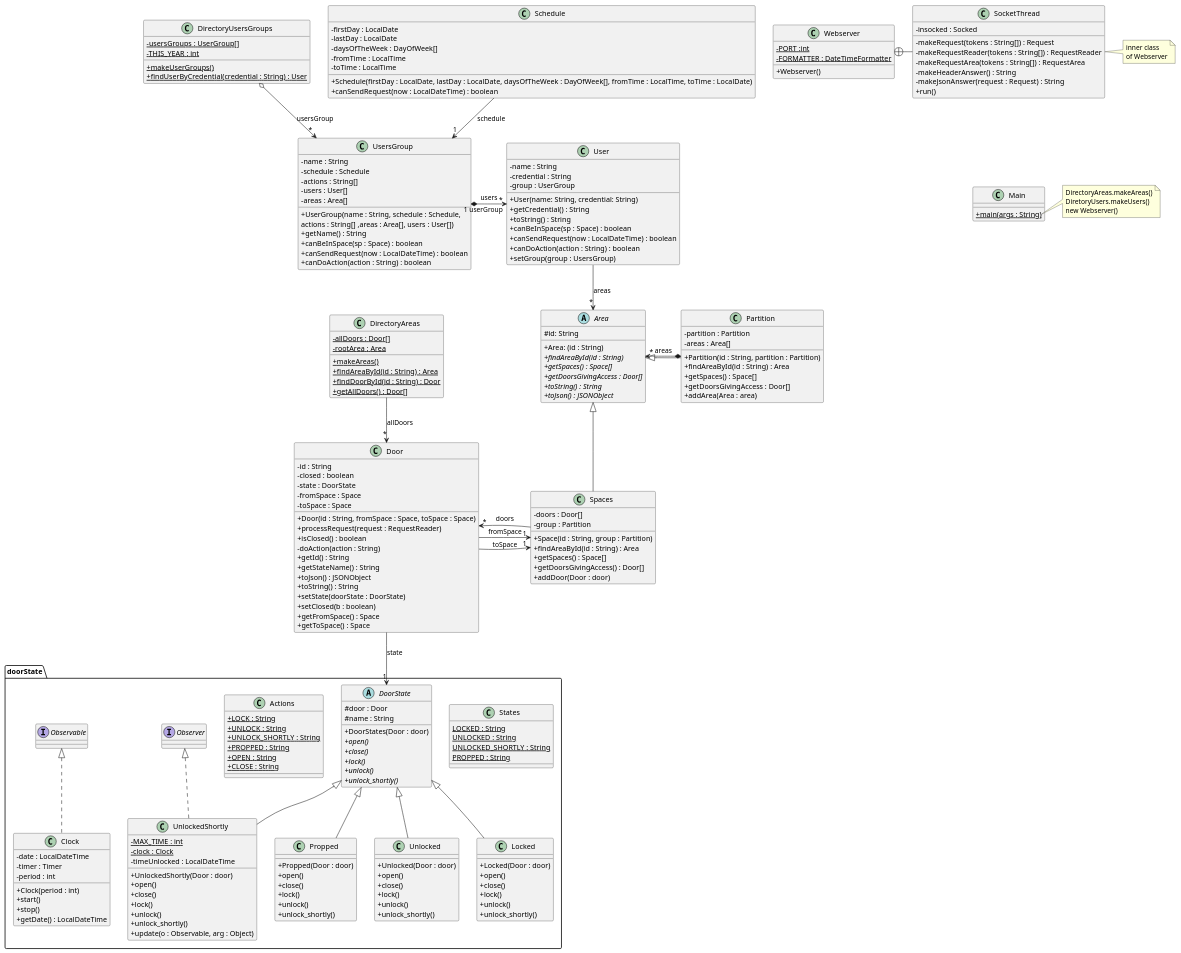
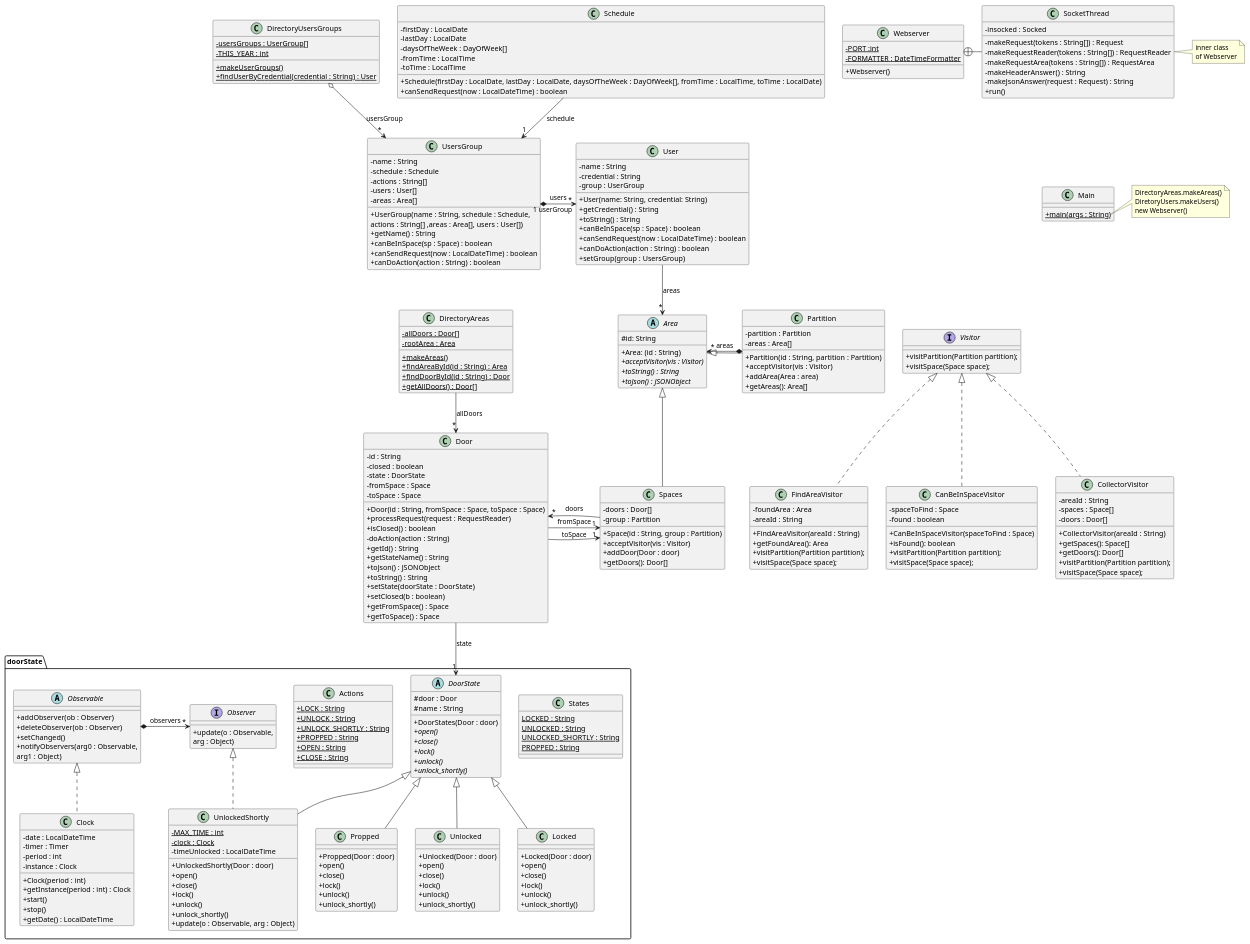
Before and after one commit to JackNesperosOba/acs_students-master: the diagram in acs_students-master/src/basenostates/uml/UML.puml, drawn with PlantUML. The commit also changed 48 other files, not shown here.

```diff
--- a/acs_students-master/src/basenostates/uml/UML.puml
+++ b/acs_students-master/src/basenostates/uml/UML.puml
@@ -153,6 +153,11 @@
     + unlock_shortly()
     }
 
+    interface Observer {
+    +update(o : Observable,
+    arg : Object)
+    }
+
     class UnlockedShortly extends DoorState implements Observer {
     - {static} MAX_TIME : int
     - {static} clock : Clock
@@ -175,11 +180,22 @@
     + unlock_shortly()
     }
 
+    abstract class Observable {
+
+    +addObserver(ob : Observer)
+    +deleteObserver(ob : Observer)
+    +setChanged()
+    +notifyObservers(arg0 : Observable,
+        arg1 : Object)
+    }
+
     class Clock implements Observable {
     - date : LocalDateTime
     - timer : Timer
     - period : int
+    -instance : Clock
     + Clock(period : int)
+    + getInstance(period : int) : Clock
     + start()
     + stop()
     + getDate() : LocalDateTime
@@ -192,10 +208,8 @@
 abstract class Area {
 #id: String
 __
-+Area: (id : String)
-+ {abstract} findAreaById(id : String)
-+ {abstract} getSpaces() : Space[]
-+ {abstract} getDoorsGivingAccess : Door[]
++ Area: (id : String)
++ {abstract} acceptVisitor(vis : Visitor)
 + {abstract} toString() : String
 + {abstract} toJson() : JSONObject
 }
@@ -204,10 +218,9 @@
 - doors : Door[]
 - group : Partition
 + Space(id : String, group : Partition)
-+ findAreaById(id : String) : Area
-+ getSpaces() : Space[]
-+ getDoorsGivingAccess() : Door[]
++ acceptVisitor(vis : Visitor)
 + addDoor(Door : door)
++ getDoors(): Door[]
 }
 
 class Partition extends Area{
@@ -215,12 +228,40 @@
 - areas : Area[]
 __
 + Partition(id : String, partition : Partition)
-+ findAreaById(id : String) : Area
-+ getSpaces() : Space[]
-+ getDoorsGivingAccess : Door[]
++ acceptVisitor(vis : Visitor)
 + addArea(Area : area)
++ getAreas(): Area[]
 }
-
+interface Visitor {
++ visitPartition(Partition partition);
++ visitSpace(Space space);
+}
+class FindAreaVisitor implements Visitor {
+- foundArea : Area
+- areaId : String
++ FindAreaVisitor(areaId : String)
++ getFoundArea(): Area
++ visitPartition(Partition partition);
++ visitSpace(Space space);
+}
+class CanBeInSpaceVisitor implements Visitor {
+- spaceToFind : Space
+- found : boolean
++ CanBeInSpaceVisitor(spaceToFind : Space)
++ isFound(): boolean
++ visitPartition(Partition partition);
++ visitSpace(Space space);
+}
+class CollectorVisitor implements Visitor {
+- areaId : String
+- spaces : Space[]
+- doors : Door[]
++ CollectorVisitor(areaId : String)
++ getSpaces(): Space[]
++ getDoors(): Door[]
++ visitPartition(Partition partition);
++ visitSpace(Space space);
+}
 class Schedule {
 - firstDay : LocalDate
 - lastDay : LocalDate
@@ -236,10 +277,13 @@
 Spaces --> "*" Door : "doors"
 Door --> "1" Spaces : "fromSpace"
 Door --> "1" Spaces : "toSpace"
+Observable *--> "*" Observer : observers
 
+Observable -[hidden]right- Observer
 Spaces -[hidden]right- Door
 Partition -[hidden]left- Area
 UsersGroup -[hidden]right- User
+Partition -[hidden]right- Visitor
 SocketThread -[hidden]down- Main
 
 @enduml
```
